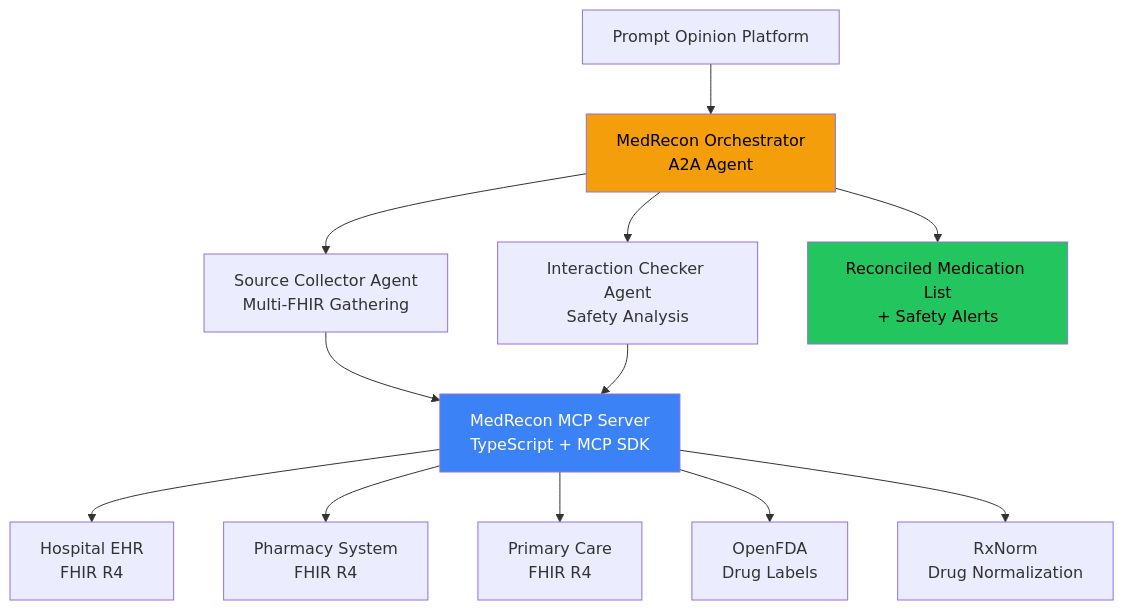
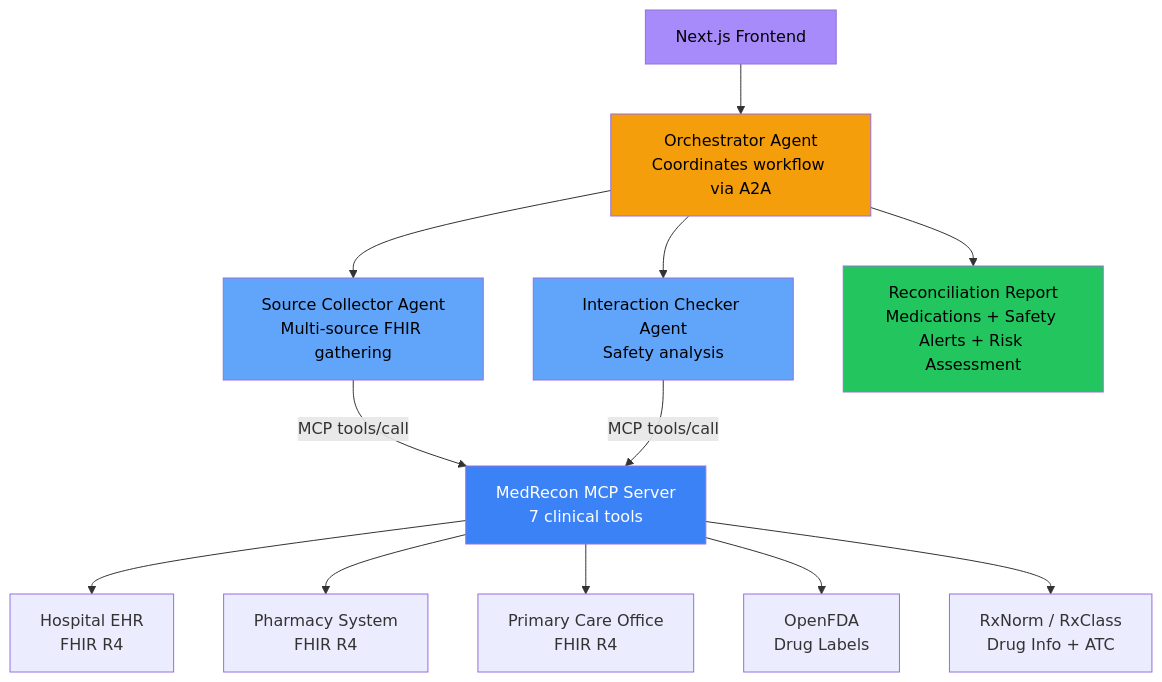
The diagram in README.md (astraedus/medrecon), drawn with Mermaid before and after one commit. The commit also changed other lines of this file and 36 other files, not shown here.

First line of the commit message:
Week 4: Frontend + Orchestrator integration, demo patients, expanded interactions

````diff
--- a/README.md
+++ b/README.md
@@ -15,22 +17,25 @@
 ```mermaid
 graph TD
-    PO[Prompt Opinion Platform] --> ORCH[MedRecon Orchestrator<br/>A2A Agent]
+    UI[Next.js Frontend] --> ORCH
 
-    ORCH --> SC[Source Collector Agent<br/>Multi-FHIR Gathering]
-    ORCH --> IC[Interaction Checker Agent<br/>Safety Analysis]
+    ORCH[Orchestrator Agent<br/>Coordinates workflow via A2A] --> SC[Source Collector Agent<br/>Multi-source FHIR gathering]
+    ORCH --> IC[Interaction Checker Agent<br/>Safety analysis]
 
-    SC --> MCP[MedRecon MCP Server<br/>TypeScript + MCP SDK]
-    IC --> MCP
+    SC -->|MCP tools/call| MCP[MedRecon MCP Server<br/>7 clinical tools]
+    IC -->|MCP tools/call| MCP
 
     MCP --> FHIR1[Hospital EHR<br/>FHIR R4]
     MCP --> FHIR2[Pharmacy System<br/>FHIR R4]
-    MCP --> FHIR3[Primary Care<br/>FHIR R4]
+    MCP --> FHIR3[Primary Care Office<br/>FHIR R4]
     MCP --> FDA[OpenFDA<br/>Drug Labels]
-    MCP --> RX[RxNorm<br/>Drug Normalization]
+    MCP --> RX[RxNorm / RxClass<br/>Drug Info + ATC]
 
-    ORCH --> REPORT[Reconciled Medication List<br/>+ Safety Alerts]
+    ORCH --> REPORT[Reconciliation Report<br/>Medications + Safety Alerts + Risk Assessment]
 
     style ORCH fill:#f59e0b,color:#000
+    style SC fill:#60a5fa,color:#000
+    style IC fill:#60a5fa,color:#000
     style MCP fill:#3b82f6,color:#fff
     style REPORT fill:#22c55e,color:#000
+    style UI fill:#a78bfa,color:#000
 ```
````
